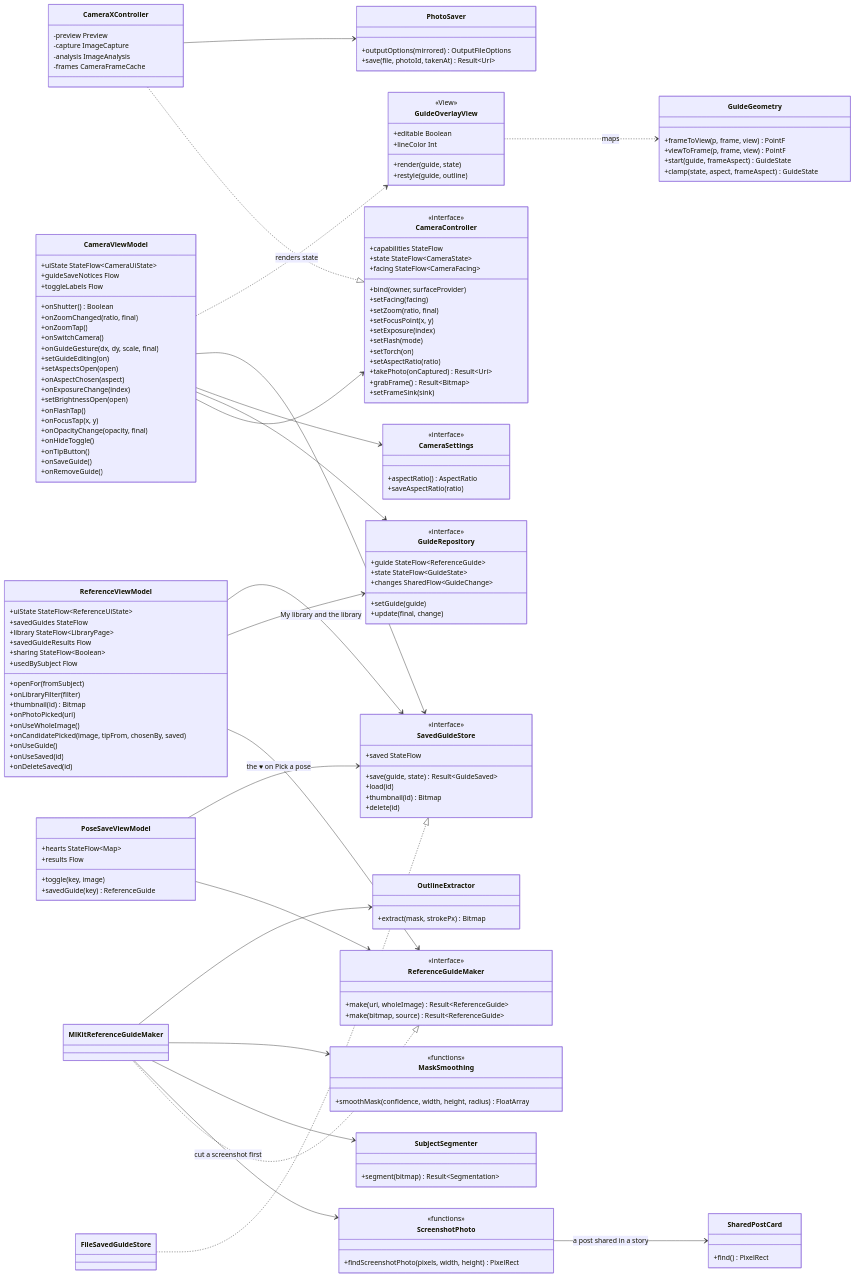
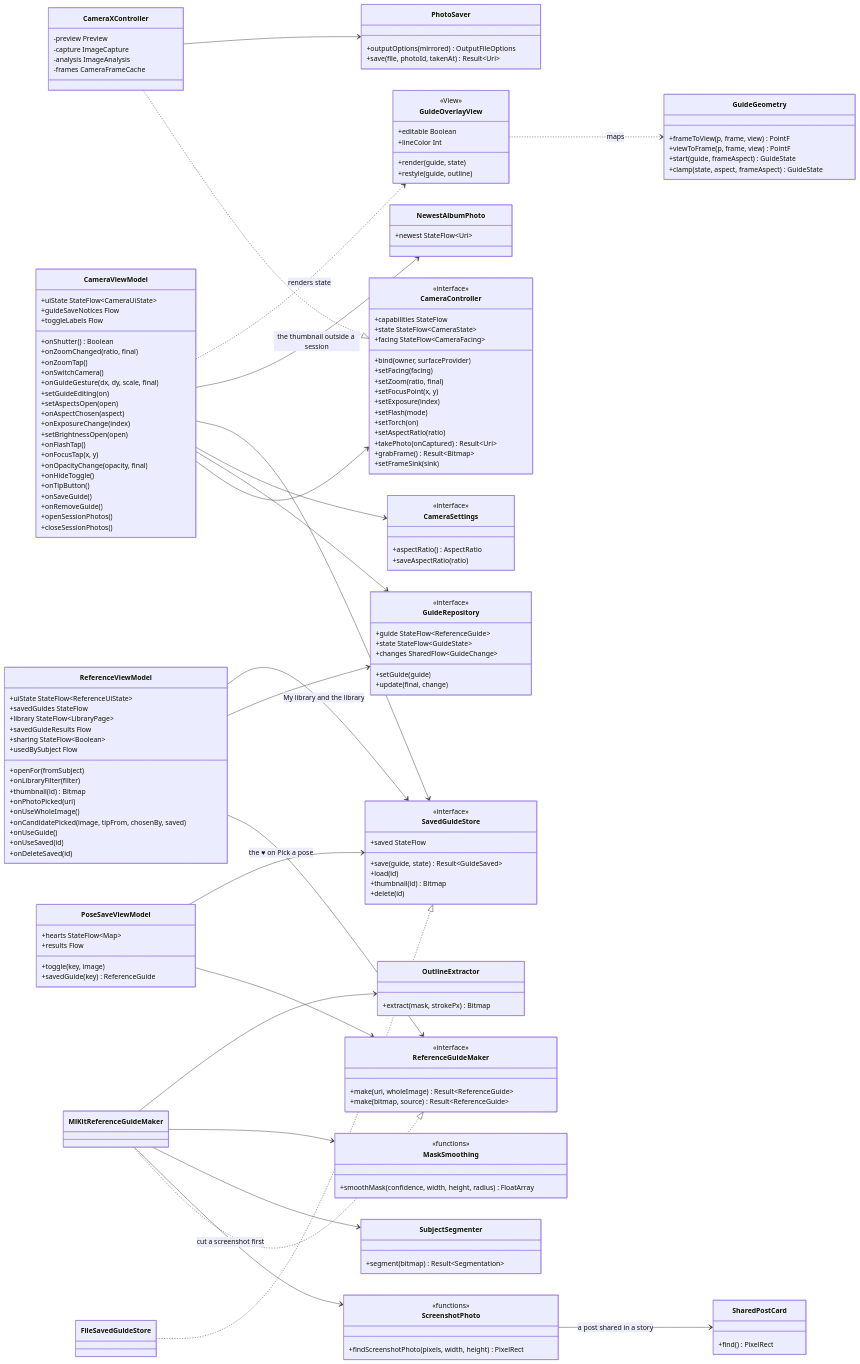
The sixth of 14 diagrams in wiki/Design-Documentation.md (snuhcs-course/swpp-2026-project-team-10), drawn with Mermaid before and after one commit. The commit also changed other lines of this file and 37 other files, not shown here.

Commit message:
feat: show the session's photos on the subject's phone (#239)

```diff
--- a/wiki/Design-Documentation.md
+++ b/wiki/Design-Documentation.md
@@ -618,6 +619,8 @@
     +onTipButton()
     +onSaveGuide()
     +onRemoveGuide()
+    +openSessionPhotos()
+    +closeSessionPhotos()
   }
   class ReferenceViewModel {
     +uiState StateFlow~ReferenceUiState~
@@ -668,6 +671,9 @@
   class PhotoSaver {
     +outputOptions(mirrored) OutputFileOptions
     +save(file, photoId, takenAt) Result~Uri~
+  }
+  class NewestAlbumPhoto {
+    +newest StateFlow~Uri~
   }
   class CameraSettings {
     <<interface>>
@@ -733,6 +739,7 @@
   CameraViewModel --> SavedGuideStore
   CameraXController ..|> CameraController
   CameraXController --> PhotoSaver
+  CameraViewModel --> NewestAlbumPhoto : the thumbnail outside a session
   MlKitReferenceGuideMaker ..|> ReferenceGuideMaker
   MlKitReferenceGuideMaker --> ScreenshotPhoto : cut a screenshot first
   ScreenshotPhoto --> SharedPostCard : a post shared in a story
```
